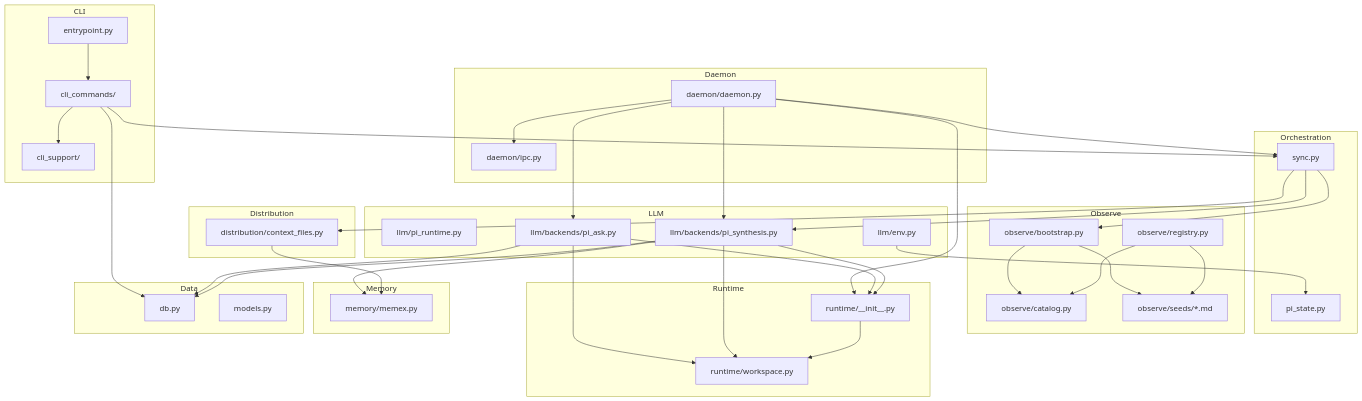
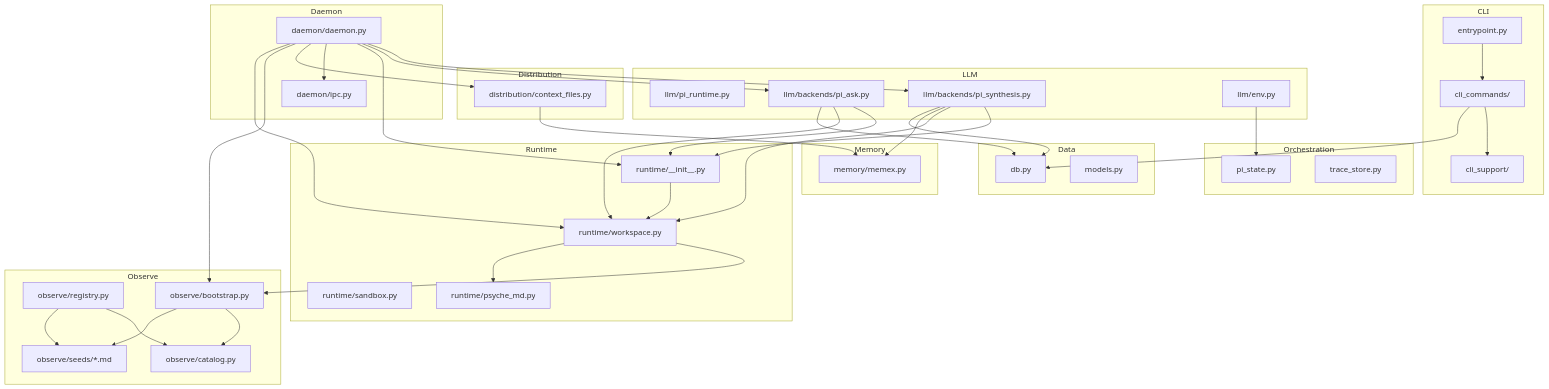
One commit to saxenauts/syke changed the diagram in docs/ARCHITECTURE.md. Above: the diagram before and after it, drawn with Mermaid. The commit also changed other lines of this file and 3 other files, not shown here.

First line of the commit message:
Update docs to match current architecture

````diff
--- a/docs/ARCHITECTURE.md
+++ b/docs/ARCHITECTURE.md
@@ -464,69 +462,71 @@
 ```mermaid
 graph TD
     subgraph CLI
         entry[entrypoint.py]
         cmds[cli_commands/]
         support[cli_support/]
     end
     subgraph Orchestration
-        sync[sync.py]
         pi_state[pi_state.py]
+        trace_store[trace_store.py]
     end
     subgraph Observe
         catalog[observe/catalog.py]
         registry[observe/registry.py]
         bootstrap[observe/bootstrap.py]
         seeds[observe/seeds/*.md]
     end
     subgraph LLM
         pi_rt[llm/pi_runtime.py]
         pi_ask[llm/backends/pi_ask.py]
         pi_synth[llm/backends/pi_synthesis.py]
         env[llm/env.py]
     end
     subgraph Runtime
         rt_init[runtime/__init__.py]
         workspace[runtime/workspace.py]
+        sandbox[runtime/sandbox.py]
+        psyche[runtime/psyche_md.py]
     end
     subgraph Memory
         memex[memory/memex.py]
     end
     subgraph Distribution
         ctx[distribution/context_files.py]
     end
     subgraph Data
         db[db.py]
         models[models.py]
     end
     subgraph Daemon
         daemon[daemon/daemon.py]
         ipc[daemon/ipc.py]
     end
 
     entry --> cmds
     cmds --> support
-    cmds --> sync
     cmds --> db
-    sync --> pi_synth
-    sync --> ctx
-    sync --> bootstrap
     bootstrap --> catalog
     bootstrap --> seeds
     daemon --> pi_synth
     daemon --> pi_ask
     daemon --> rt_init
     daemon --> ipc
-    daemon --> sync
+    daemon --> ctx
+    daemon --> bootstrap
+    daemon --> workspace
+    workspace --> bootstrap
+    workspace --> psyche
     registry --> catalog
     registry --> seeds
     pi_ask --> rt_init
     pi_ask --> workspace
     pi_synth --> rt_init
     pi_synth --> workspace
     pi_synth --> memex
     rt_init --> workspace
     ctx --> memex
     pi_ask --> db
     pi_synth --> db
     env --> pi_state
 ```
````
